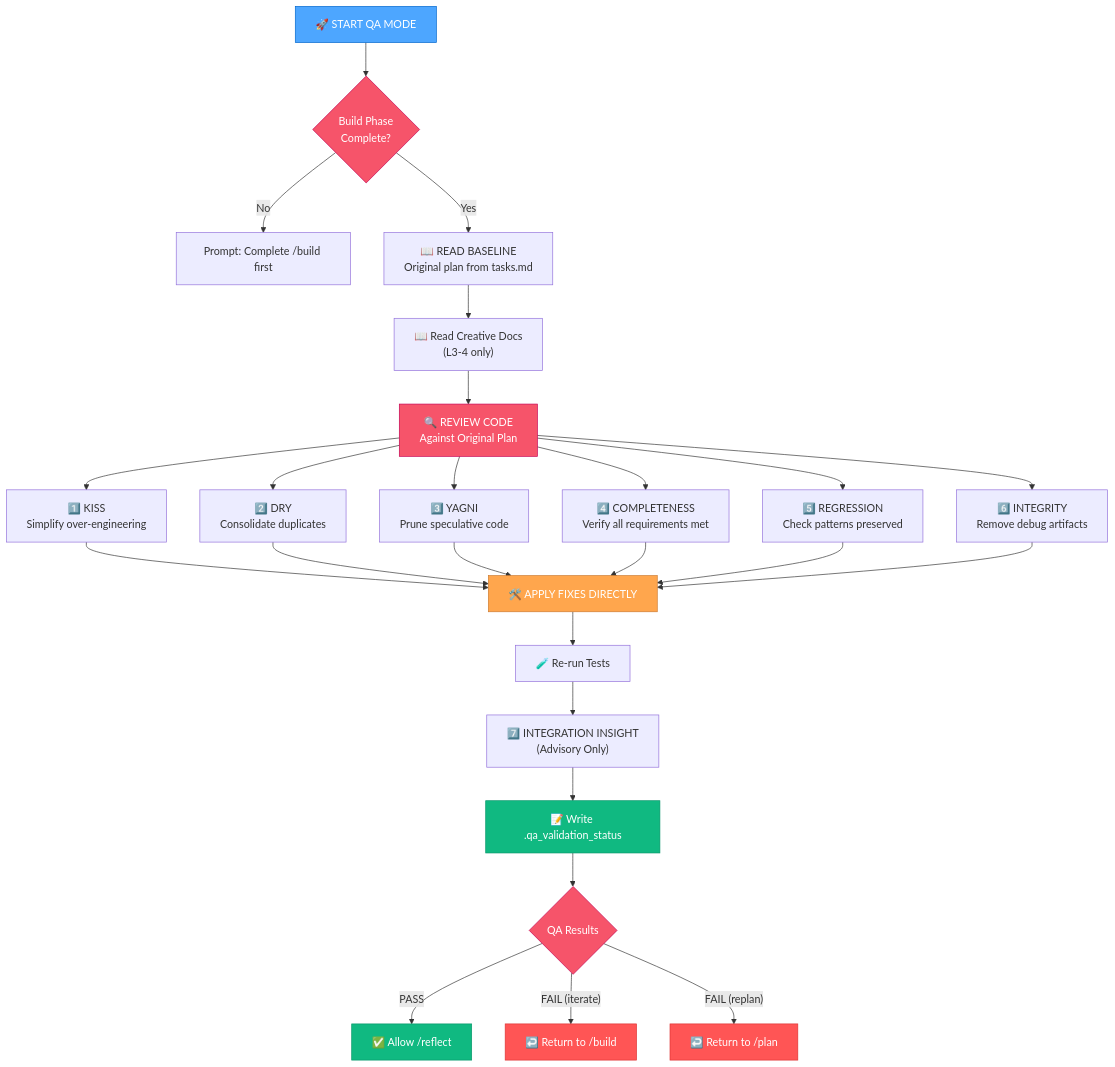
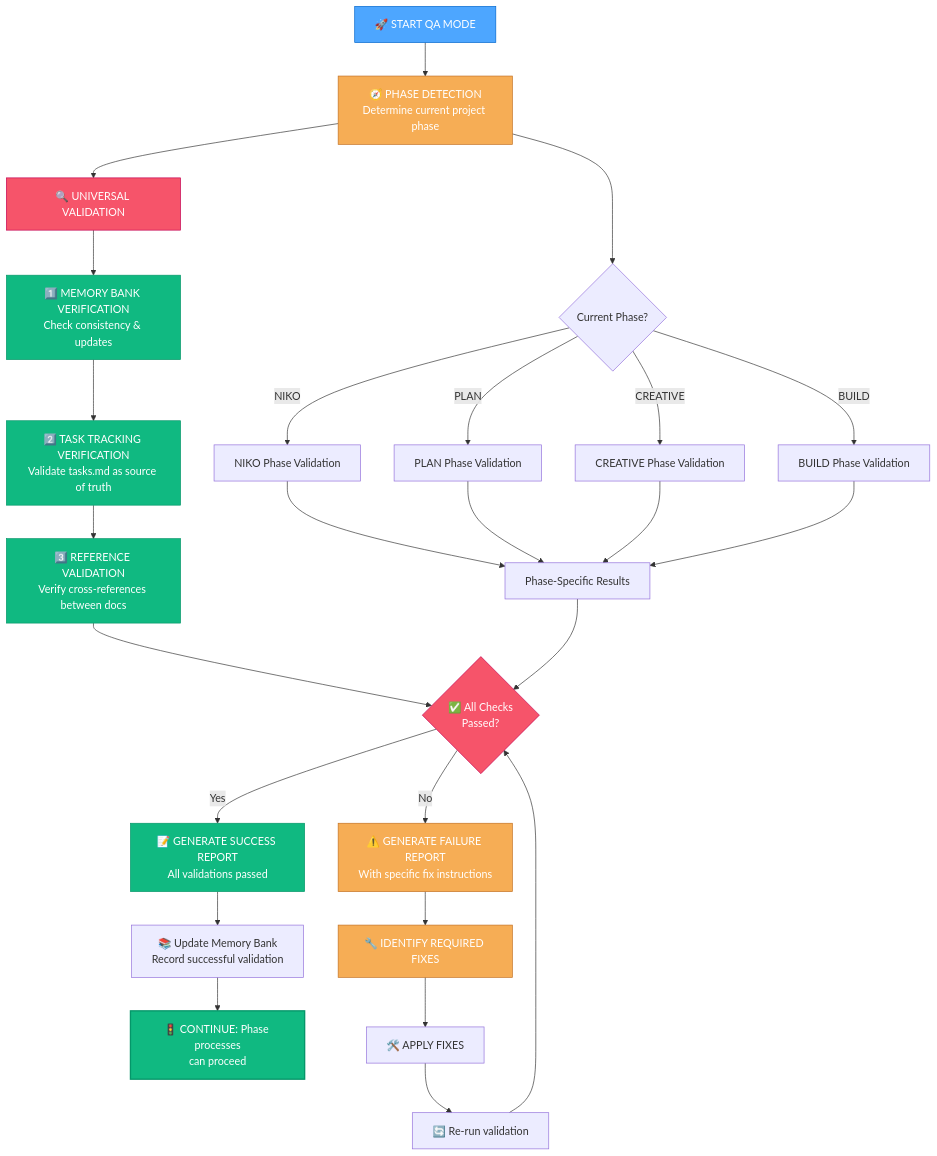
One commit to Texarkanine/.cursor-rules changed the first of 10 diagrams in rulesets/niko/niko/visual-maps/qa-mode-map.mdc. Above: the diagram before and after it, drawn with Mermaid. The commit also changed other lines of this file and 20 other files, not shown here.

````diff
--- a/rulesets/niko/niko/visual-maps/qa-mode-map.mdc
+++ b/rulesets/niko/niko/visual-maps/qa-mode-map.mdc
@@ -13,36 +13,48 @@
 ```mermaid
 graph TD
-    Start["🚀 START QA MODE"] --> CheckBuild{"Build Phase<br>Complete?"}
-    CheckBuild -->|"No"| PromptBuild["Prompt: Complete /build first"]
-    CheckBuild -->|"Yes"| ReadBaseline["📖 READ BASELINE<br>Original plan from tasks.md"]
-
-    ReadBaseline --> ReadCreative["📖 Read Creative Docs<br>(L3-4 only)"]
-    ReadCreative --> ReviewCode["🔍 REVIEW CODE<br>Against Original Plan"]
-
-    ReviewCode --> KISS["1️⃣ KISS<br>Simplify over-engineering"]
-    ReviewCode --> DRY["2️⃣ DRY<br>Consolidate duplicates"]
-    ReviewCode --> YAGNI["3️⃣ YAGNI<br>Prune speculative code"]
-    ReviewCode --> Completeness["4️⃣ COMPLETENESS<br>Verify all requirements met"]
-    ReviewCode --> Regression["5️⃣ REGRESSION<br>Check patterns preserved"]
-    ReviewCode --> Integrity["6️⃣ INTEGRITY<br>Remove debug artifacts"]
-
-    KISS & DRY & YAGNI & Completeness & Regression & Integrity --> ApplyFixes["🛠️ APPLY FIXES DIRECTLY"]
-    ApplyFixes --> ReTest["🧪 Re-run Tests"]
-    ReTest --> IntegrationInsight["7️⃣ INTEGRATION INSIGHT<br>(Advisory Only)"]
-    IntegrationInsight --> WriteStatus["📝 Write .qa_validation_status"]
-    WriteStatus --> QAResults{"QA Results"}
-
-    QAResults -->|"PASS"| AllowReflect["✅ Allow /reflect"]
-    QAResults -->|"FAIL (iterate)"| ReturnBuild["↩️ Return to /build"]
-    QAResults -->|"FAIL (replan)"| ReturnPlan["↩️ Return to /plan"]
-
+    Start["🚀 START QA MODE"] --> DetectPhase["🧭 PHASE DETECTION<br>Determine current project phase"]
+    
+    %% Phase detection decision path
+    DetectPhase --> PhaseDetermination{"Current Phase?"}
+    PhaseDetermination -->|"NIKO"| NIKOChecks["NIKO Phase Validation"]
+    PhaseDetermination -->|"PLAN"| PLANChecks["PLAN Phase Validation"]
+    PhaseDetermination -->|"CREATIVE"| CREATIVEChecks["CREATIVE Phase Validation"] 
+    PhaseDetermination -->|"BUILD"| BUILDChecks["BUILD Phase Validation"]
+    
+    %% Universal checks that apply to all phases
+    DetectPhase --> UniversalChecks["🔍 UNIVERSAL VALIDATION"]
+    UniversalChecks --> MemoryBankCheck["1️⃣ MEMORY BANK VERIFICATION<br>Check consistency & updates"]
+    MemoryBankCheck --> TaskTrackingCheck["2️⃣ TASK TRACKING VERIFICATION<br>Validate tasks.md as source of truth"]
+    TaskTrackingCheck --> ReferenceCheck["3️⃣ REFERENCE VALIDATION<br>Verify cross-references between docs"]
+    
+    %% Phase-specific validations feed into comprehensive report
+    NIKOChecks & PLANChecks & CREATIVEChecks & BUILDChecks --> PhaseSpecificResults["Phase-Specific Results"]
+    ReferenceCheck & PhaseSpecificResults --> ValidationResults{"✅ All Checks<br>Passed?"}
+    
+    %% Results Processing
+    ValidationResults -->|"Yes"| SuccessReport["📝 GENERATE SUCCESS REPORT<br>All validations passed"]
+    ValidationResults -->|"No"| FailureReport["⚠️ GENERATE FAILURE REPORT<br>With specific fix instructions"]
+    
+    %% Success Path
+    SuccessReport --> UpdateMB["📚 Update Memory Bank<br>Record successful validation"]
+    UpdateMB --> ContinueProcess["🚦 CONTINUE: Phase processes<br>can proceed"]
+    
+    %% Failure Path
+    FailureReport --> IdentifyFixes["🔧 IDENTIFY REQUIRED FIXES"]
+    IdentifyFixes --> ApplyFixes["🛠️ APPLY FIXES"]
+    ApplyFixes --> Revalidate["🔄 Re-run validation"]
+    Revalidate --> ValidationResults
+    
+    %% Style nodes for clarity
     style Start fill:#4da6ff,stroke:#0066cc,color:white
-    style CheckBuild fill:#f6546a,stroke:#c30052,color:white
-    style ReviewCode fill:#f6546a,stroke:#c30052,color:white
-    style ApplyFixes fill:#ffa64d,stroke:#cc7a30,color:white
-    style WriteStatus fill:#10b981,stroke:#059669,color:white
-    style QAResults fill:#f6546a,stroke:#c30052,color:white
-    style AllowReflect fill:#10b981,stroke:#059669,color:white
-    style ReturnBuild fill:#ff5555,stroke:#dd3333,color:white
-    style ReturnPlan fill:#ff5555,stroke:#dd3333,color:white
+    style DetectPhase fill:#f6ad55,stroke:#c27022,color:white
+    style UniversalChecks fill:#f6546a,stroke:#c30052,color:white
+    style MemoryBankCheck fill:#10b981,stroke:#059669,color:white
+    style TaskTrackingCheck fill:#10b981,stroke:#059669,color:white
+    style ReferenceCheck fill:#10b981,stroke:#059669,color:white
+    style ValidationResults fill:#f6546a,stroke:#c30052,color:white
+    style SuccessReport fill:#10b981,stroke:#059669,color:white
+    style FailureReport fill:#f6ad55,stroke:#c27022,color:white
+    style ContinueProcess fill:#10b981,stroke:#059669,color:white,stroke-width:2px
+    style IdentifyFixes fill:#f6ad55,stroke:#c27022,color:white
 ```
````
